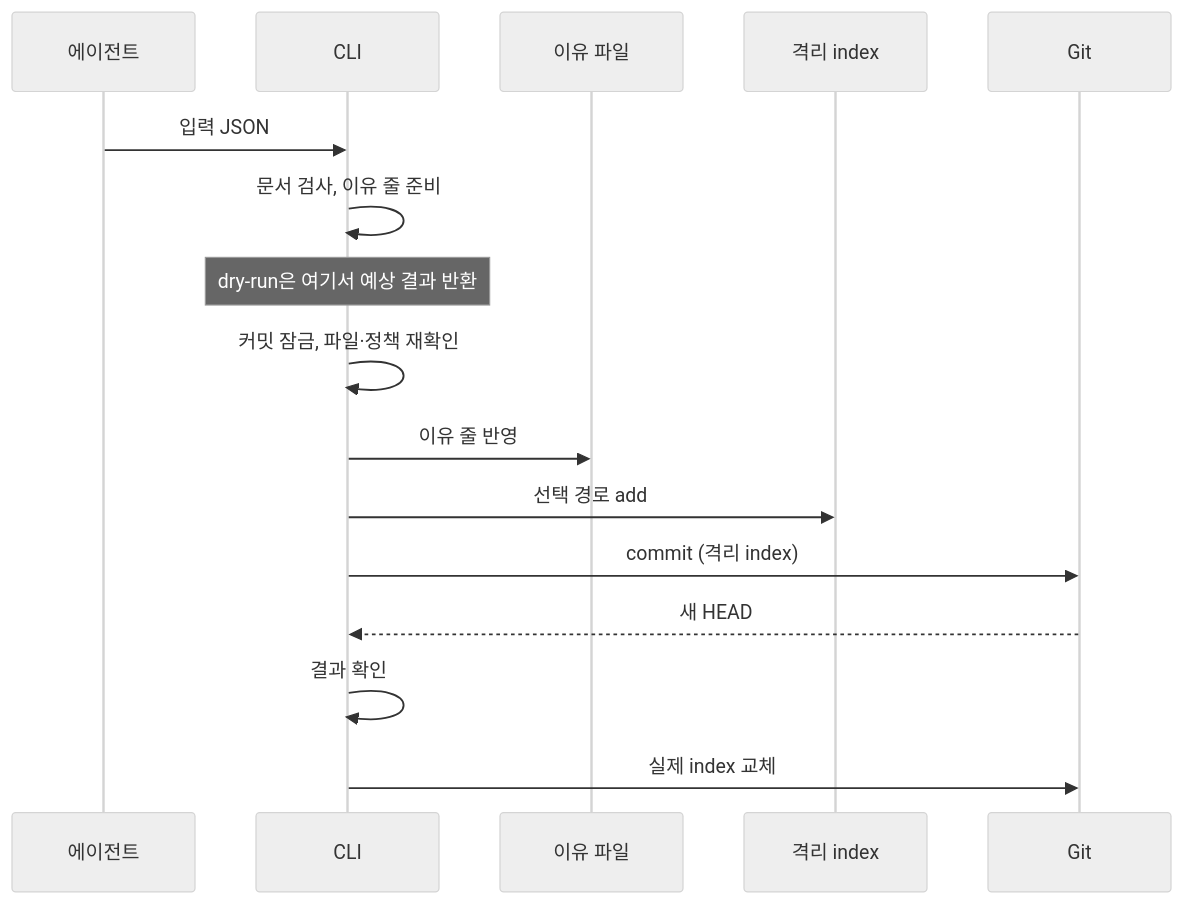
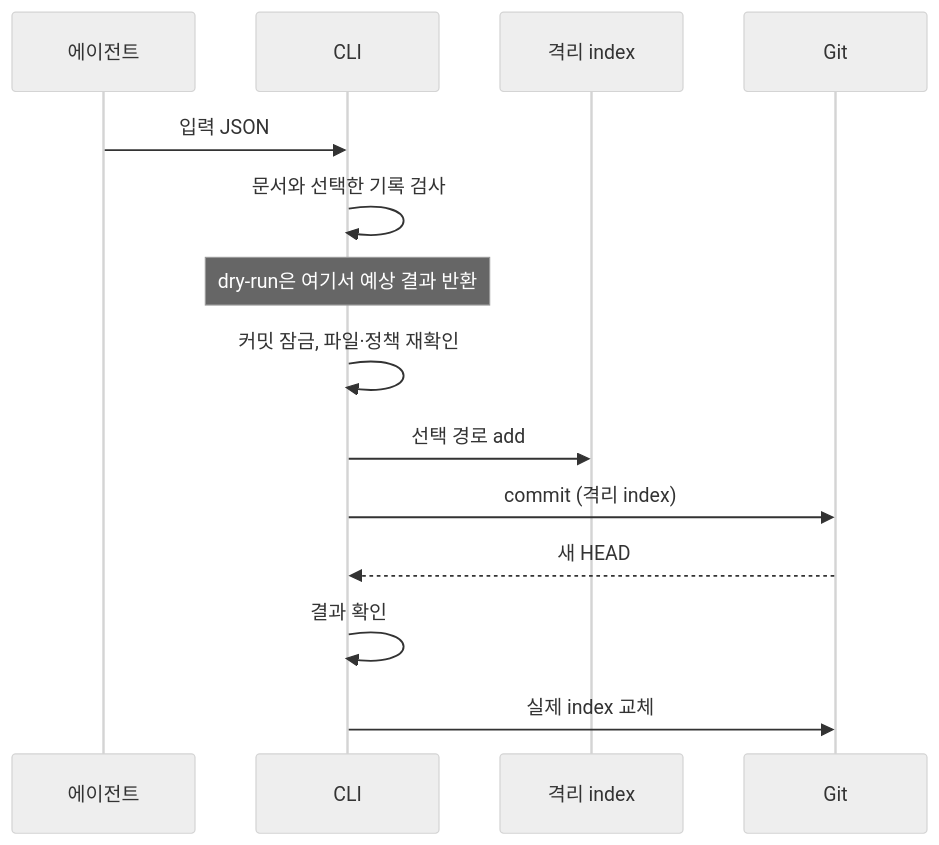
One commit to dev-goraebap/gitifact changed the first of 2 diagrams in .gitifact/spec/git-history/design/overview.md. Above: the diagram before and after it, drawn with Mermaid (neutral theme). The commit also changed other lines of this file and 112 other files, not shown here.

````diff
--- a/.gitifact/spec/git-history/design/overview.md
+++ b/.gitifact/spec/git-history/design/overview.md
@@ -49,18 +50,16 @@
 ```mermaid
 sequenceDiagram
   participant A as 에이전트
   participant C as CLI
-  participant H as 이유 파일
   participant X as 격리 index
   participant G as Git
   A->>C: 입력 JSON
-  C->>C: 문서 검사, 이유 줄 준비
+  C->>C: 문서와 선택한 기록 검사
   Note over C: dry-run은 여기서 예상 결과 반환
   C->>C: 커밋 잠금, 파일·정책 재확인
-  C->>H: 이유 줄 반영
   C->>X: 선택 경로 add
   C->>G: commit (격리 index)
   G-->>C: 새 HEAD
   C->>C: 결과 확인
   C->>G: 실제 index 교체
 ```
````
